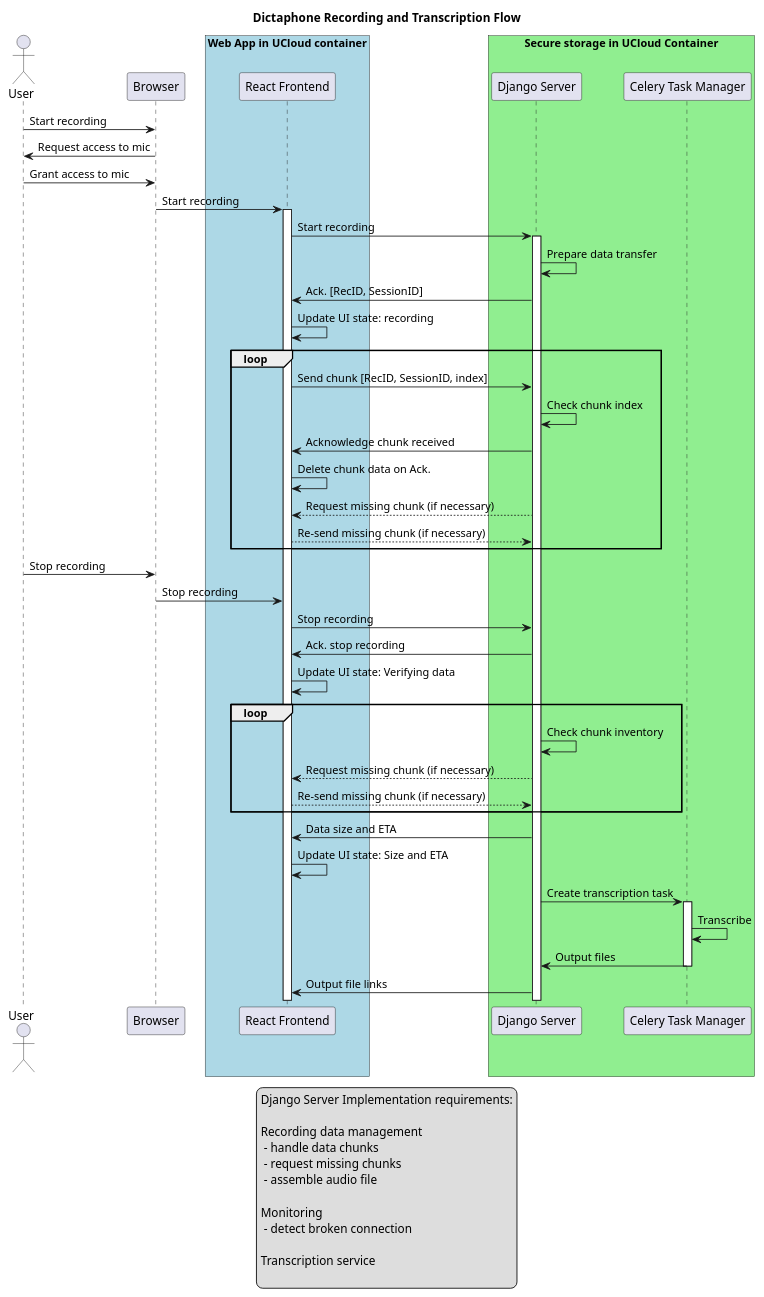
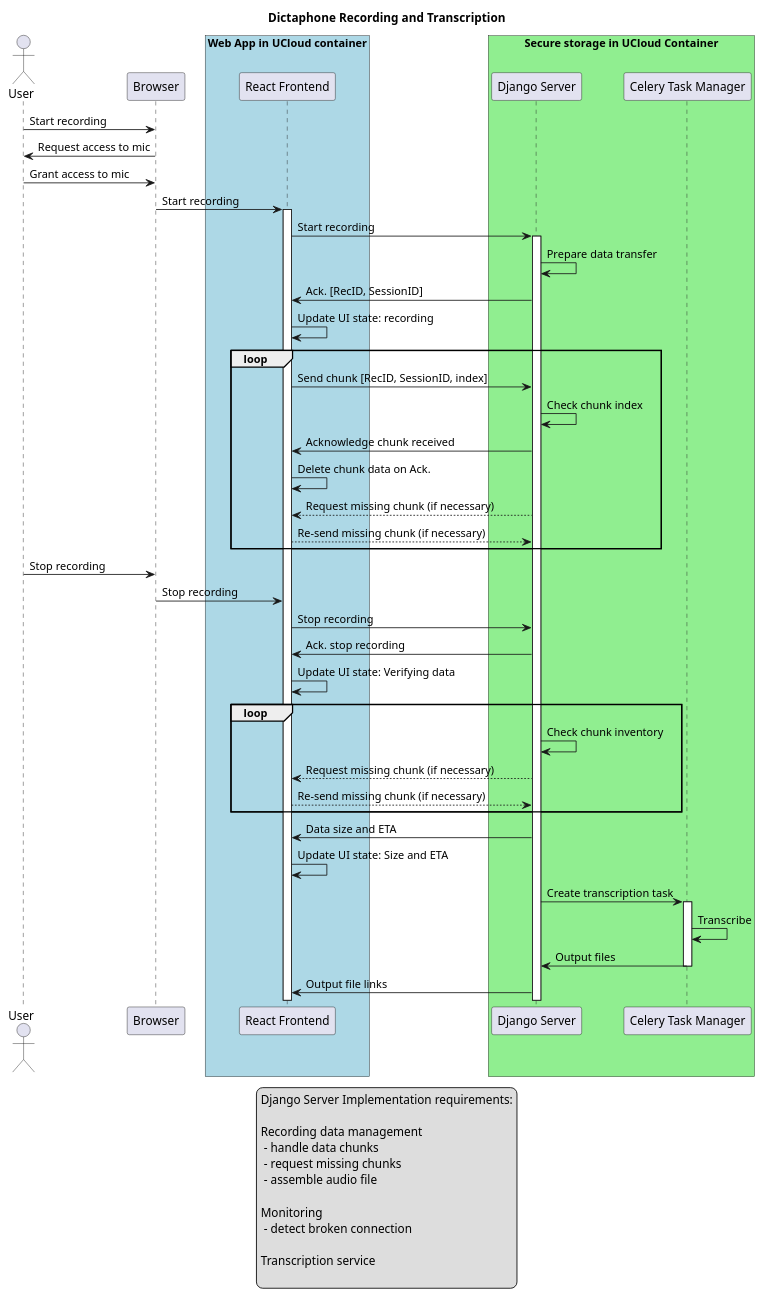
One commit to aau-claaudia/dictaphone changed the diagram in documentation/architecture.puml. Above: the diagram before and after it, drawn with PlantUML. The commit also changed 1 other file, not shown here.

Commit message:
Updated sequence diagram.

```diff
--- a/documentation/architecture.puml
+++ b/documentation/architecture.puml
@@ -1,67 +1,67 @@
 @startuml
-title Dictaphone Recording and Transcription Flow
+title Dictaphone Recording and Transcription
 actor User as U
 participant "Browser" as BR
 box "Web App in UCloud container" #LightBlue
 participant "React Frontend" as RF
 end box
 box "Secure storage in UCloud Container" #LightGreen
 participant "Django Server" as DS
 participant "Celery Task Manager" as C
 end box
 
 
 U -> BR: Start recording
 BR -> U: Request access to mic
 U -> BR: Grant access to mic
 BR -> RF: Start recording
 activate RF
 RF -> DS: Start recording
 activate DS
 DS -> DS: Prepare data transfer
 DS -> RF: Ack. [RecID, SessionID]
 RF -> RF: Update UI state: recording
 loop
     RF -> DS: Send chunk [RecID, SessionID, index]
     DS -> DS: Check chunk index
     DS -> RF: Acknowledge chunk received
     RF -> RF: Delete chunk data on Ack.
     DS --> RF: Request missing chunk (if necessary)
     RF --> DS: Re-send missing chunk (if necessary)
 end
 U -> BR: Stop recording
 BR -> RF: Stop recording
 RF -> DS: Stop recording
 DS -> RF: Ack. stop recording
 RF -> RF: Update UI state: Verifying data
 loop
 DS -> DS: Check chunk inventory
 DS --> RF: Request missing chunk (if necessary)
 RF --> DS: Re-send missing chunk (if necessary)
 end
 DS -> RF: Data size and ETA
 RF -> RF: Update UI state: Size and ETA
 DS -> C: Create transcription task
 activate C
 C -> C: Transcribe
 C -> DS: Output files
 deactivate C
 DS -> RF: Output file links
 
 legend bottom
 Django Server Implementation requirements:
 
 Recording data management
  - handle data chunks
  - request missing chunks
  - assemble audio file
 
 Monitoring
  - detect broken connection
 
 Transcription service
 
 endlegend
 
 
 @enduml
```
